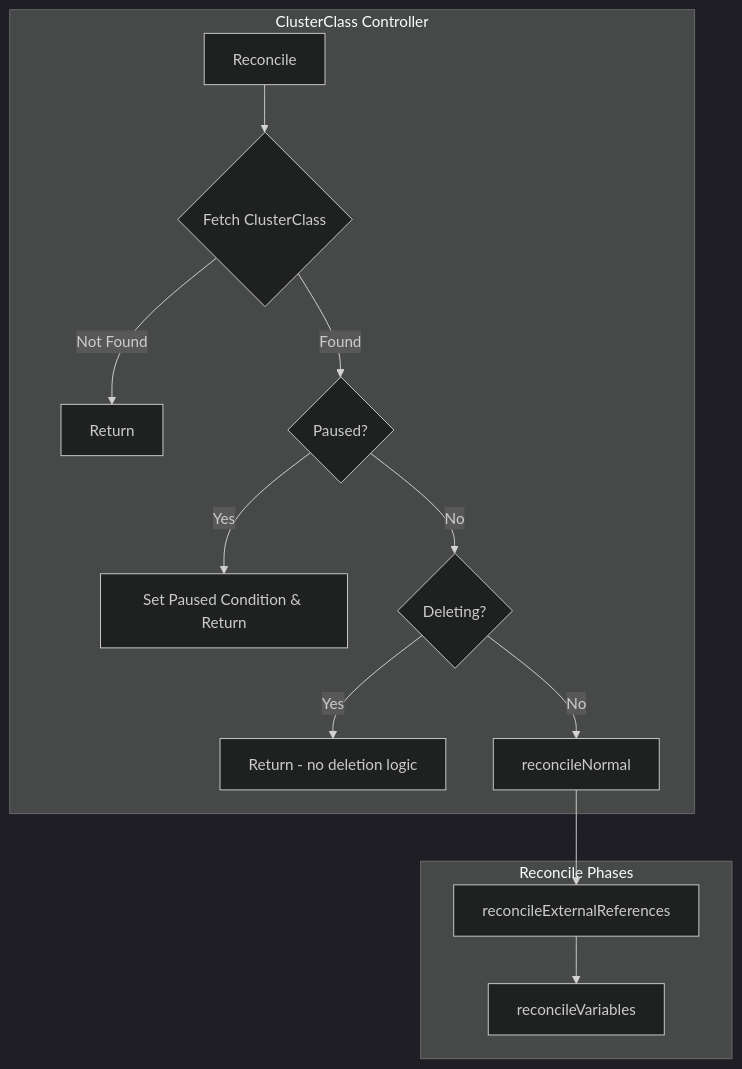
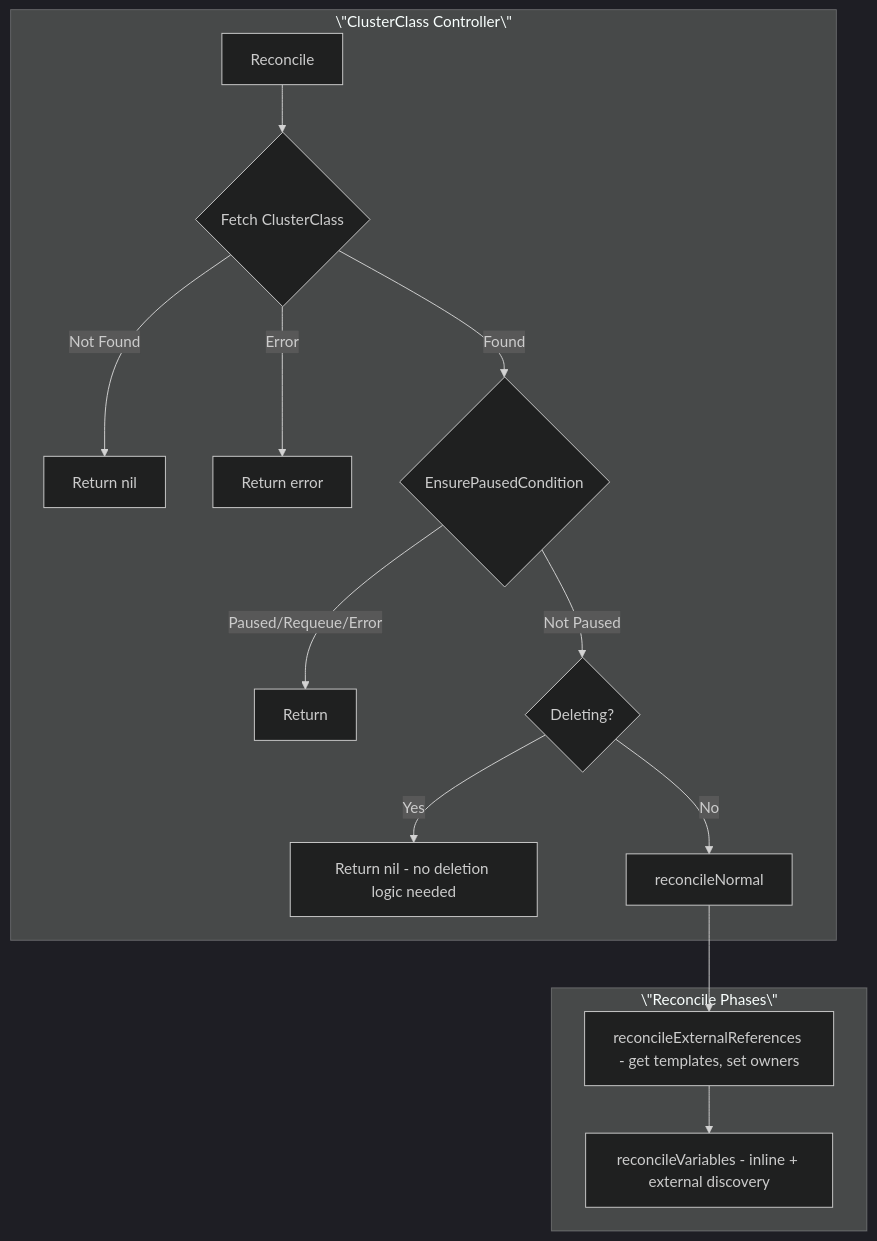
One commit to seanyen/cluster-api changed the first of 7 diagrams in ai-gen/internal/controllers/clusterclass_controller.md. Above: the diagram before and after it, drawn with Mermaid (dark theme). The commit also changed 8 other files, not shown here.

````diff
--- a/ai-gen/internal/controllers/clusterclass_controller.md
+++ b/ai-gen/internal/controllers/clusterclass_controller.md
@@ -7,19 +7,20 @@
 ```mermaid
 flowchart TB
-    subgraph "ClusterClass Controller"
+    subgraph \"ClusterClass Controller\"
         R[Reconcile] --> F{Fetch ClusterClass}
-        F -->|Not Found| End[Return]
-        F -->|Found| P{Paused?}
-        P -->|Yes| PC[Set Paused Condition & Return]
-        P -->|No| D{Deleting?}
-        D -->|Yes| DE[Return - no deletion logic]
+        F -->|Not Found| End[Return nil]
+        F -->|Error| Err[Return error]
+        F -->|Found| P{EnsurePausedCondition}
+        P -->|Paused/Requeue/Error| PC[Return]
+        P -->|Not Paused| D{Deleting?}
+        D -->|Yes| DE[Return nil - no deletion logic needed]
         D -->|No| RN[reconcileNormal]
     end
     
-    subgraph "Reconcile Phases"
-        RE[reconcileExternalReferences]
-        RV[reconcileVariables]
+    subgraph \"Reconcile Phases\"
+        RE[reconcileExternalReferences - get templates, set owners]
+        RV[reconcileVariables - inline + external discovery]
     end
     
     RN --> RE --> RV
 ```
````
